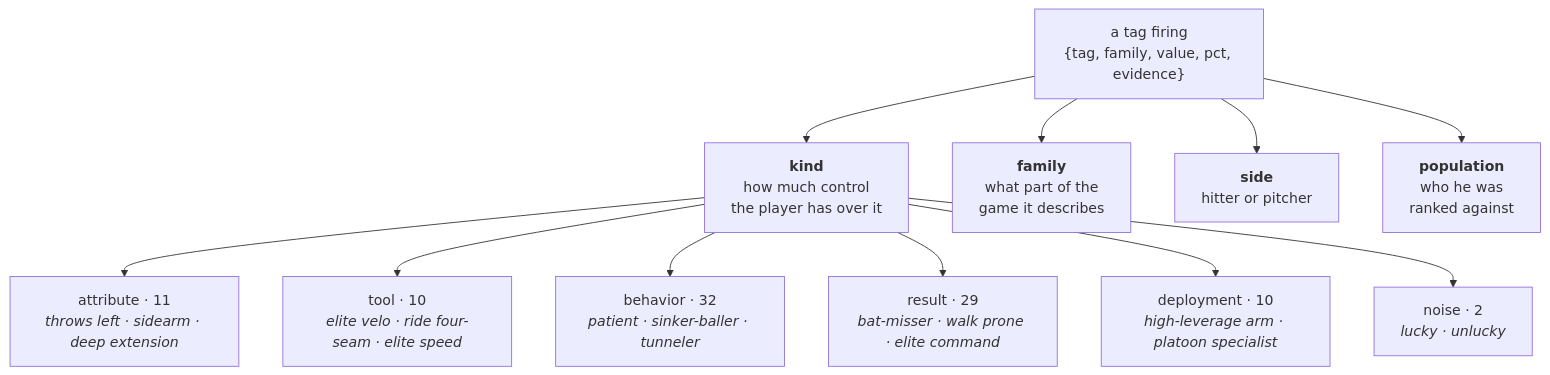
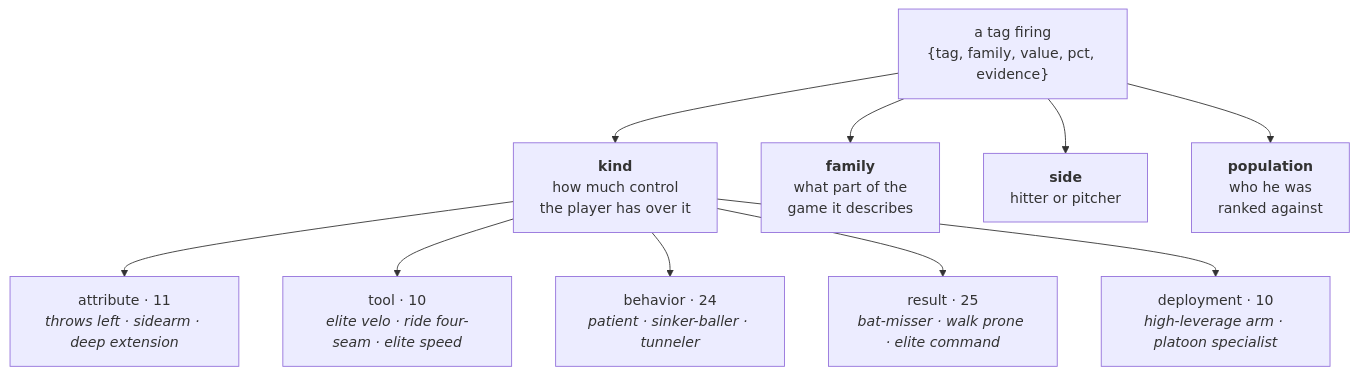
The fifth of 7 diagrams in docs/ARCHITECTURE.md (SebastianAbarca/baseball-analytics), drawn with Mermaid before and after one commit. The commit also changed other lines of this file and 14 other files, not shown here.

````diff
--- a/docs/ARCHITECTURE.md
+++ b/docs/ARCHITECTURE.md
@@ -239,20 +239,19 @@
 ```mermaid
 flowchart TD
     TAG["a tag firing<br/>{tag, family, value, pct, evidence}"]
     K["<b>kind</b><br/>how much control<br/>the player has over it"]
     F["<b>family</b><br/>what part of the<br/>game it describes"]
     S["<b>side</b><br/>hitter or pitcher"]
     P["<b>population</b><br/>who he was<br/>ranked against"]
 
     TAG --> K
     TAG --> F
     TAG --> S
     TAG --> P
 
     K --> K1["attribute · 11<br/><i>throws left · sidearm · deep extension</i>"]
     K --> K2["tool · 10<br/><i>elite velo · ride four-seam · elite speed</i>"]
-    K --> K3["behavior · 32<br/><i>patient · sinker-baller · tunneler</i>"]
-    K --> K4["result · 29<br/><i>bat-misser · walk prone · elite command</i>"]
+    K --> K3["behavior · 24<br/><i>patient · sinker-baller · tunneler</i>"]
+    K --> K4["result · 25<br/><i>bat-misser · walk prone · elite command</i>"]
     K --> K5["deployment · 10<br/><i>high-leverage arm · platoon specialist</i>"]
-    K --> K6["noise · 2<br/><i>lucky · unlucky</i>"]
 ```
````
